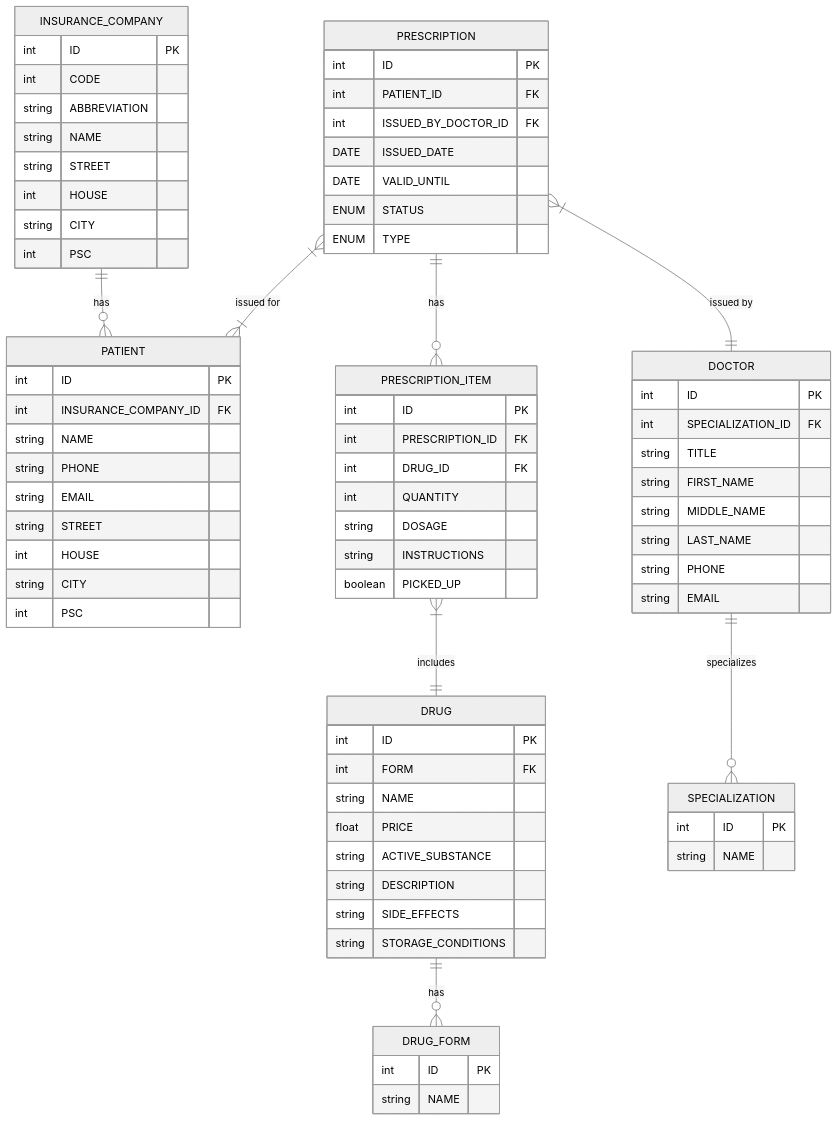
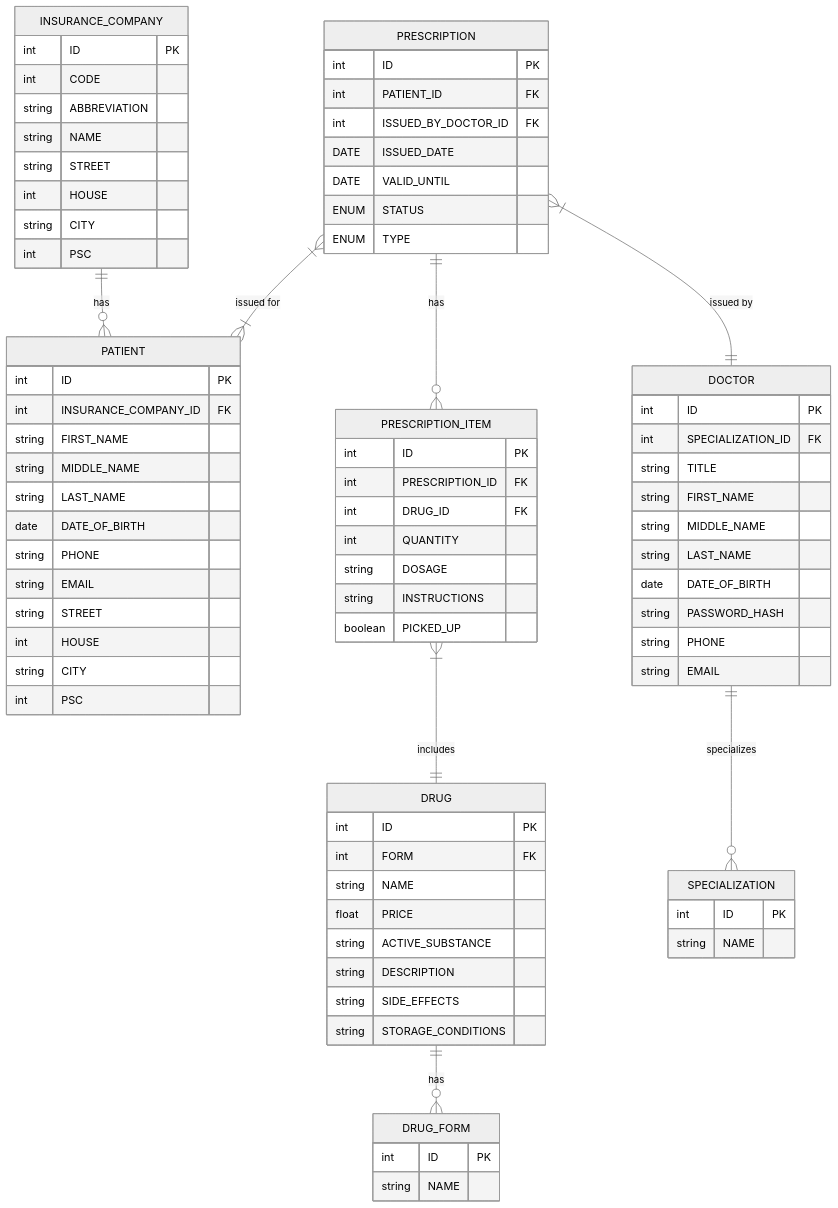
Before and after one commit to OndrejKulhavy/SPSE-Project-3-Database: the diagram in Writerside/topics/Database.md, drawn with Mermaid (neutral theme). The commit also changed other lines of this file and 77 other files, not shown here.

````diff
--- a/Writerside/topics/Database.md
+++ b/Writerside/topics/Database.md
@@ -6,6 +5,6 @@
 ```mermaid
 erDiagram
-    DRUG ||--o{ DRUG_FORM : has
+    DRUG ||--o{ DRUG_FORM: has
     DRUG {
         int ID PK
         int FORM FK
@@ -21,7 +20,7 @@
         string NAME
     }
 
-    INSURANCE_COMPANY ||--o{ PATIENT : has
+    INSURANCE_COMPANY ||--o{ PATIENT: has
     INSURANCE_COMPANY {
         int ID PK
         int CODE
@@ -35,7 +34,10 @@
     PATIENT {
         int ID PK
         int INSURANCE_COMPANY_ID FK
-        string NAME
+        string FIRST_NAME
+        string MIDDLE_NAME
+        string LAST_NAME
+        date DATE_OF_BIRTH
         string PHONE
         string EMAIL
         string STREET
@@ -44,7 +46,7 @@
         int PSC
     }
 
-    DOCTOR ||--o{ SPECIALIZATION : specializes
+    DOCTOR ||--o{ SPECIALIZATION: specializes
     DOCTOR {
         int ID PK
         int SPECIALIZATION_ID FK
@@ -52,6 +54,8 @@
         string FIRST_NAME
         string MIDDLE_NAME
         string LAST_NAME
+        date DATE_OF_BIRTH
+        string PASSWORD_HASH
         string PHONE
         string EMAIL
     }
@@ -60,7 +64,7 @@
         string NAME
     }
 
-    PRESCRIPTION ||--o{ PRESCRIPTION_ITEM : has
+    PRESCRIPTION ||--o{ PRESCRIPTION_ITEM: has
     PRESCRIPTION {
         int ID PK
         int PATIENT_ID FK
@@ -74,14 +78,14 @@
         int ID PK
         int PRESCRIPTION_ID FK
         int DRUG_ID FK
-        int QUANTITY 
+        int QUANTITY
         string DOSAGE
         string INSTRUCTIONS
         boolean PICKED_UP
     }
 
-    PRESCRIPTION_ITEM }|--|| DRUG :  "includes"
-    PRESCRIPTION }|--|{ PATIENT : "issued for"
-    PRESCRIPTION }|--|| DOCTOR : "issued by"
+    PRESCRIPTION_ITEM }|--|| DRUG: "includes"
+    PRESCRIPTION }|--|{ PATIENT: "issued for"
+    PRESCRIPTION }|--|| DOCTOR: "issued by"
 
 ```
````
